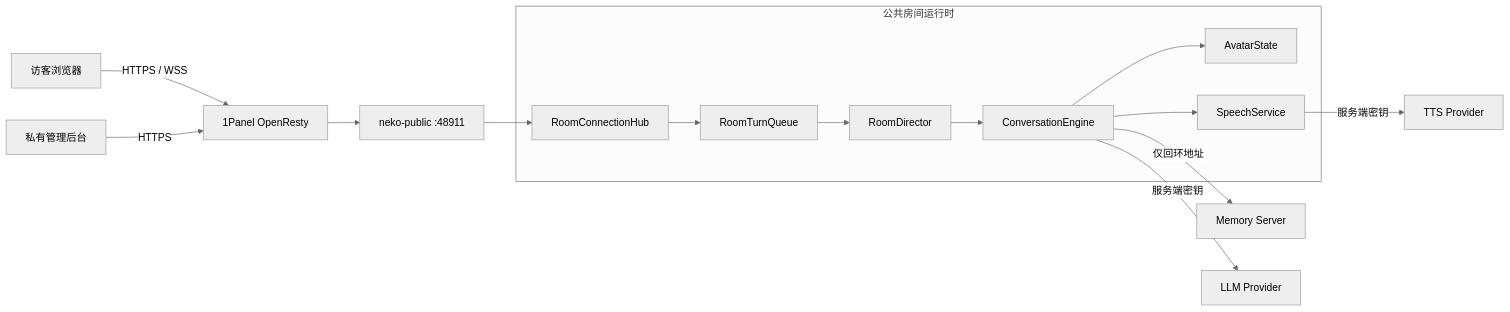
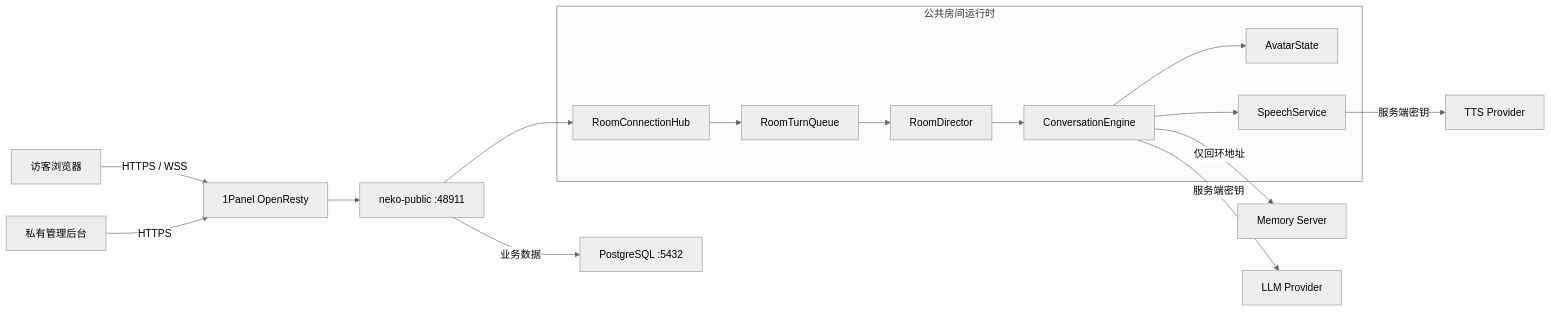
The diagram in README.MD (Himifox/NEKO-ONE), drawn with Mermaid (neutral theme) before and after one commit. The commit also changed other lines of this file and 11 other files, not shown here.

Commit message:
docs: align Debian deployment with PostgreSQL

````diff
--- a/README.MD
+++ b/README.MD
@@ -50,23 +50,24 @@
 ```mermaid
 flowchart LR
     V["访客浏览器"] -->|"HTTPS / WSS"| RP["1Panel OpenResty"]
     A["私有管理后台"] -->|"HTTPS"| RP
     RP --> API["neko-public :48911"]
 
     subgraph PublicRuntime["公共房间运行时"]
         HUB["RoomConnectionHub"]
         QUEUE["RoomTurnQueue"]
         DIRECTOR["RoomDirector"]
         ENGINE["ConversationEngine"]
         AVATAR["AvatarState"]
         SPEECH["SpeechService"]
     end
 
     API --> HUB
     HUB --> QUEUE --> DIRECTOR --> ENGINE
     ENGINE --> AVATAR
     ENGINE --> SPEECH
+    API -->|"业务数据"| POSTGRES["PostgreSQL :5432"]
     ENGINE -->|"仅回环地址"| MEMORY["Memory Server"]
     ENGINE -->|"服务端密钥"| LLM["LLM Provider"]
     SPEECH -->|"服务端密钥"| TTS["TTS Provider"]
 ```
````
